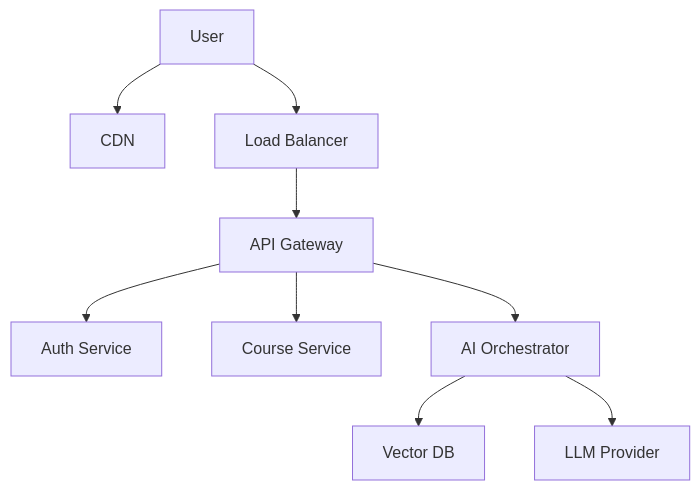
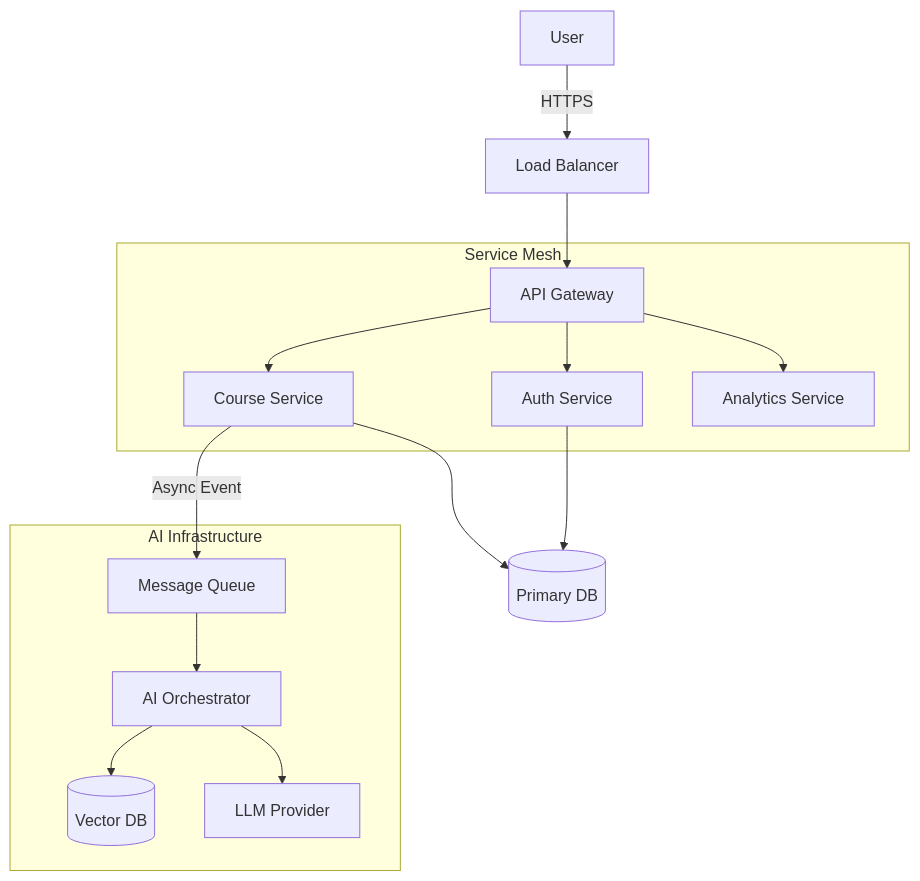
Before and after one commit to suvendukungfu/ai-education-platform: the diagram in README.md, drawn with Mermaid. The commit also changed other lines of this file and 6 other files, not shown here.

Commit message:
Docs: Major refactor for technical precision and architectural depth

````diff
--- a/README.md
+++ b/README.md
@@ -61,11 +55,21 @@
 ```mermaid
 graph TD
-    User --> CDN
-    User --> LB[Load Balancer]
-    LB --> API[API Gateway]
-    API --> Auth[Auth Service]
-    API --> Course[Course Service]
-    API --> AI_Orch[AI Orchestrator]
-    AI_Orch --> Vector[Vector DB]
-    AI_Orch --> LLM[LLM Provider]
+    User -->|HTTPS| LB[Load Balancer]
+    LB --> Gateway[API Gateway]
+
+    subgraph "Service Mesh"
+        Gateway --> Auth[Auth Service]
+        Gateway --> Content[Course Service]
+        Gateway --> Analytics[Analytics Service]
+    end
+
+    subgraph "AI Infrastructure"
+        Content -->|Async Event| AI_Queue[Message Queue]
+        AI_Queue --> AI_Worker[AI Orchestrator]
+        AI_Worker --> VectorDB[(Vector DB)]
+        AI_Worker --> LLM[LLM Provider]
+    end
+
+    Auth --> DB[(Primary DB)]
+    Content --> DB
 ```
````
